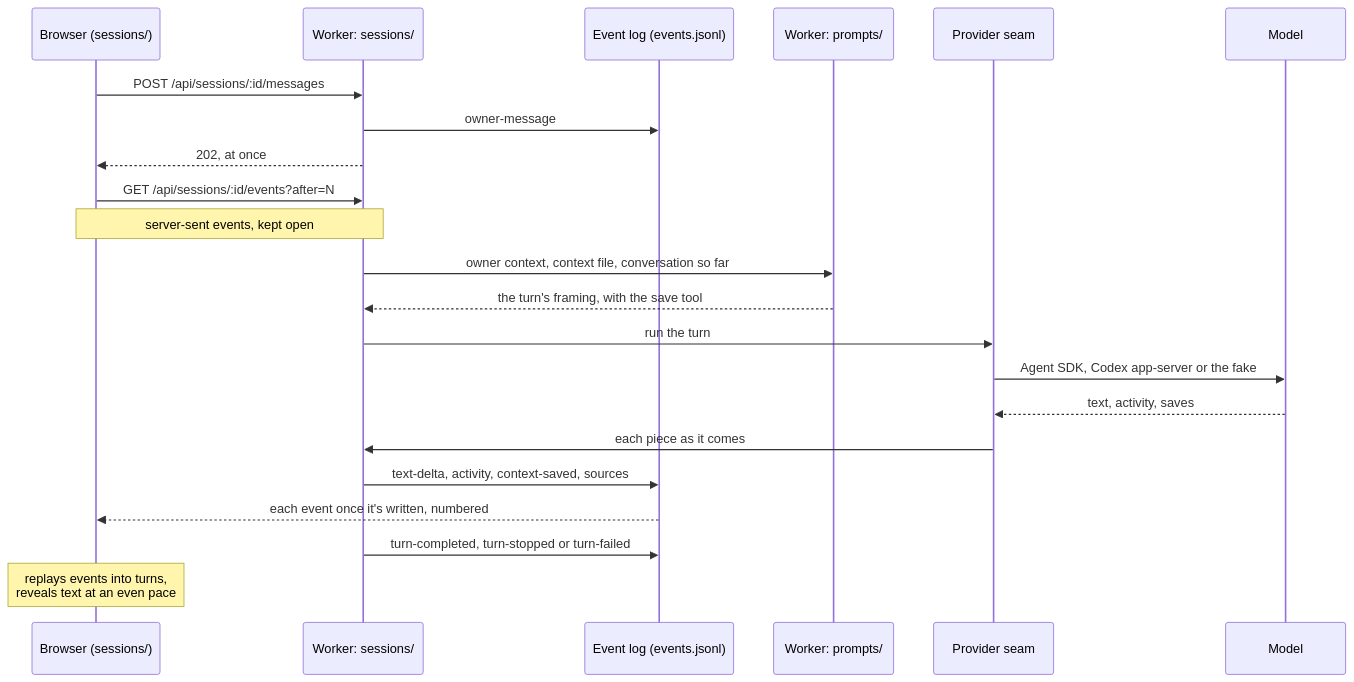
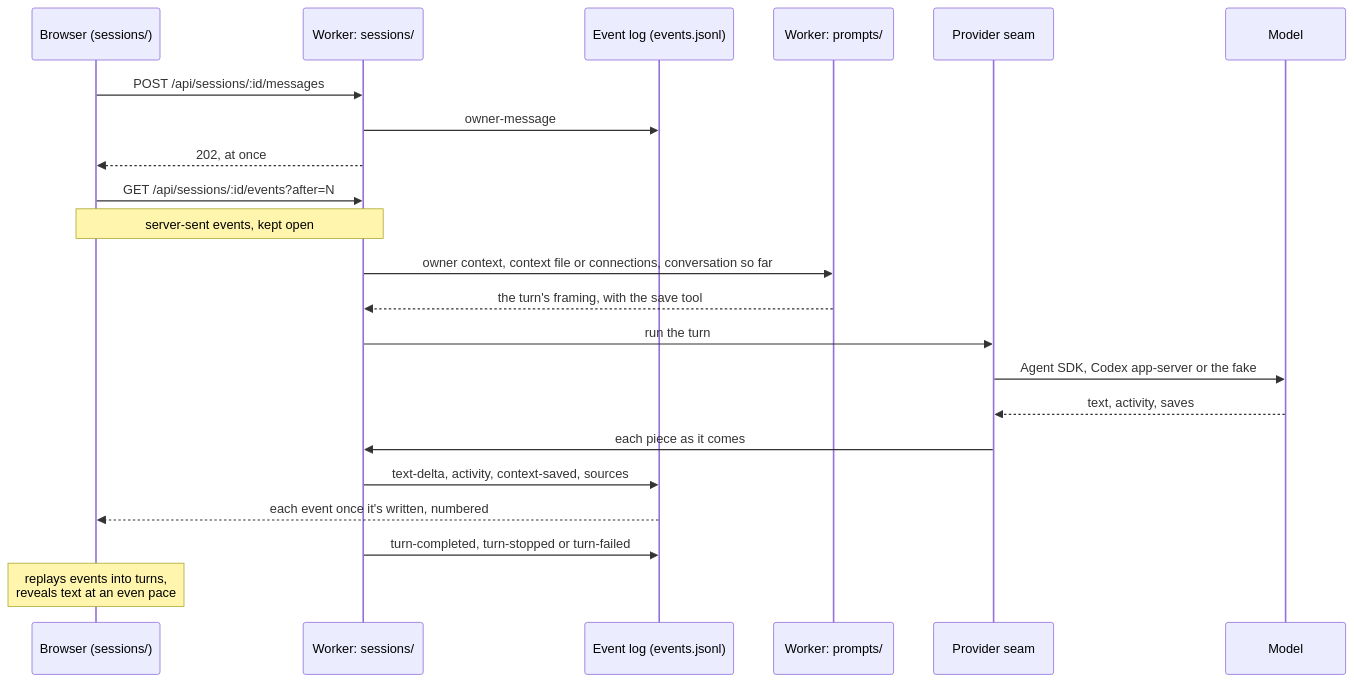
Before and after one commit to KallendJack/courtyard: the second of 2 diagrams in docs/architecture.md, drawn with Mermaid. The commit also changed other lines of this file and 5 other files, not shown here.

Commit message:
Docs: code workspaces have no context file (ADR 0026), Home and connections

````diff
--- a/docs/architecture.md
+++ b/docs/architecture.md
@@ -490,25 +522,25 @@
 ```mermaid
 sequenceDiagram
   participant B as Browser (sessions/)
   participant S as Worker: sessions/
   participant L as Event log (events.jsonl)
   participant F as Worker: prompts/
   participant P as Provider seam
   participant M as Model
 
   B->>S: POST /api/sessions/:id/messages
   S->>L: owner-message
   S-->>B: 202, at once
   B->>S: GET /api/sessions/:id/events?after=N
   Note over B,S: server-sent events, kept open
-  S->>F: owner context, context file, conversation so far
+  S->>F: owner context, context file or connections, conversation so far
   F-->>S: the turn's framing, with the save tool
   S->>P: run the turn
   P->>M: Agent SDK, Codex app-server or the fake
   M-->>P: text, activity, saves
   P->>S: each piece as it comes
   S->>L: text-delta, activity, context-saved, sources
   L-->>B: each event once it's written, numbered
   S->>L: turn-completed, turn-stopped or turn-failed
   Note over B: replays events into turns,<br/>reveals text at an even pace
 ```
````
